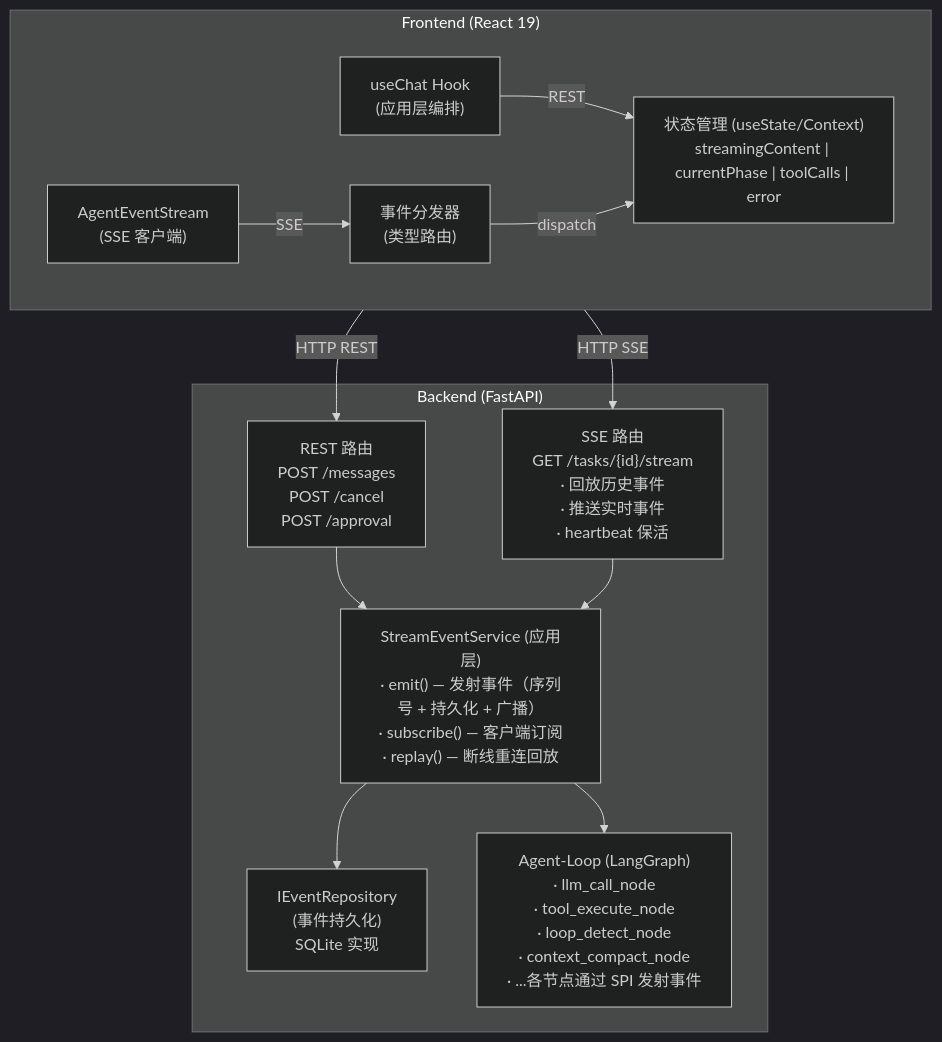
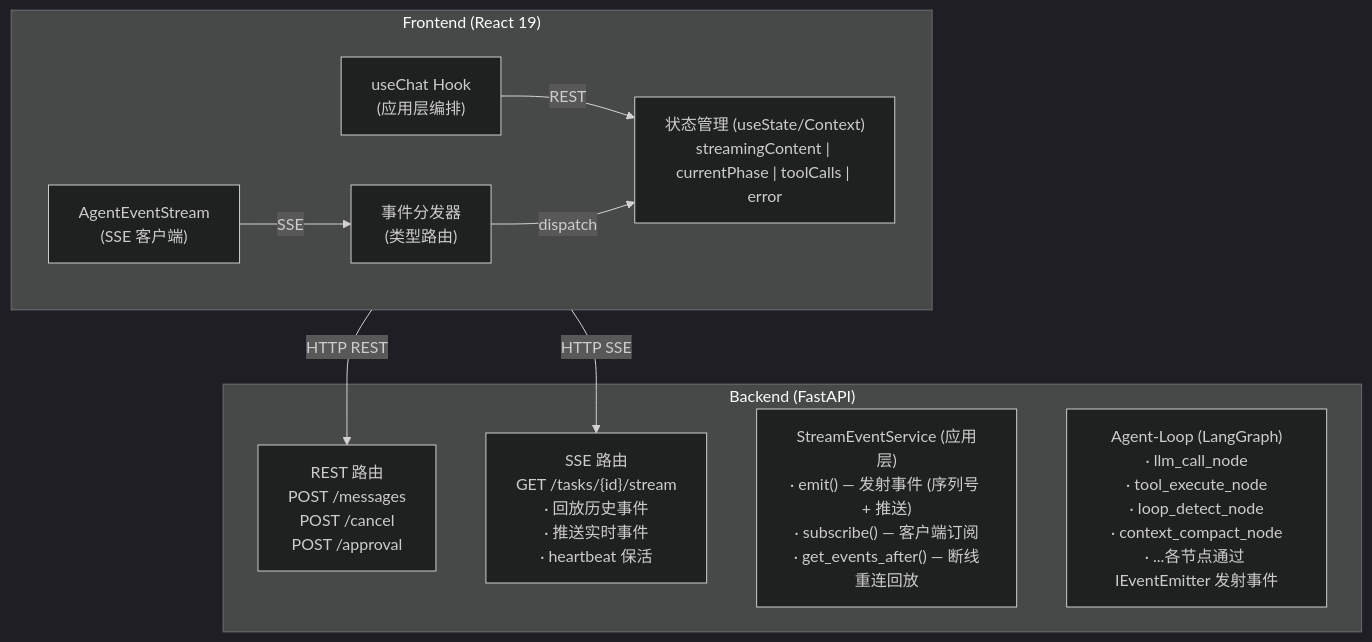
Before and after one commit to solarest/yanyun-agent: the first of 7 diagrams in design/8_communication-protocol.md, drawn with Mermaid (dark theme). The commit also changed other lines of this file and 23 other files, not shown here.

First line of the commit message:
feat: Implement context management design for Agent Loop

````diff
--- a/design/8_communication-protocol.md
+++ b/design/8_communication-protocol.md
@@ -48,29 +49,23 @@
 ```mermaid
 graph TB
     subgraph Frontend["Frontend (React 19)"]
         UCH["useChat Hook<br/>(应用层编排)"]
         AES["AgentEventStream<br/>(SSE 客户端)"]
         ED["事件分发器<br/>(类型路由)"]
         SM["状态管理 (useState/Context)<br/>streamingContent | currentPhase | toolCalls | error"]
-        
+
         UCH -->|REST| SM
         AES -->|SSE| ED
         ED -->|dispatch| SM
     end
-    
+
     subgraph Backend["Backend (FastAPI)"]
         RR["REST 路由<br/>POST /messages<br/>POST /cancel<br/>POST /approval"]
         SR["SSE 路由<br/>GET /tasks/{id}/stream<br/>· 回放历史事件<br/>· 推送实时事件<br/>· heartbeat 保活"]
-        SES["StreamEventService (应用层)<br/>· emit() — 发射事件（序列号 + 持久化 + 广播）<br/>· subscribe() — 客户端订阅<br/>· replay() — 断线重连回放"]
-        IER["IEventRepository<br/>(事件持久化)<br/>SQLite 实现"]
-        AL["Agent-Loop (LangGraph)<br/>· llm_call_node<br/>· tool_execute_node<br/>· loop_detect_node<br/>· context_compact_node<br/>· ...各节点通过 SPI 发射事件"]
-        
-        RR --> SES
-        SR --> SES
-        SES --> IER
-        SES --> AL
+        SES["StreamEventService (应用层)<br/>· emit() — 发射事件 (序列号 + 推送)<br/>· subscribe() — 客户端订阅<br/>· get_events_after() — 断线重连回放"]
+        AL["Agent-Loop (LangGraph)<br/>· llm_call_node<br/>· tool_execute_node<br/>· loop_detect_node<br/>· context_compact_node<br/>· ...各节点通过 IEventEmitter 发射事件"]
     end
-    
+
     Frontend -->|HTTP REST| RR
     Frontend -->|HTTP SSE| SR
 ```
````
